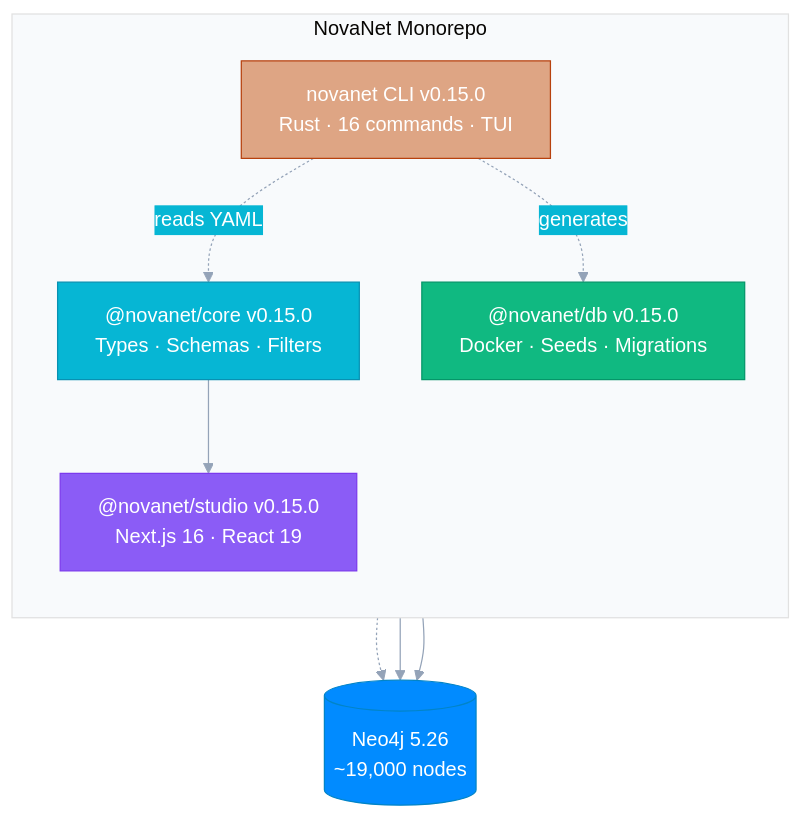
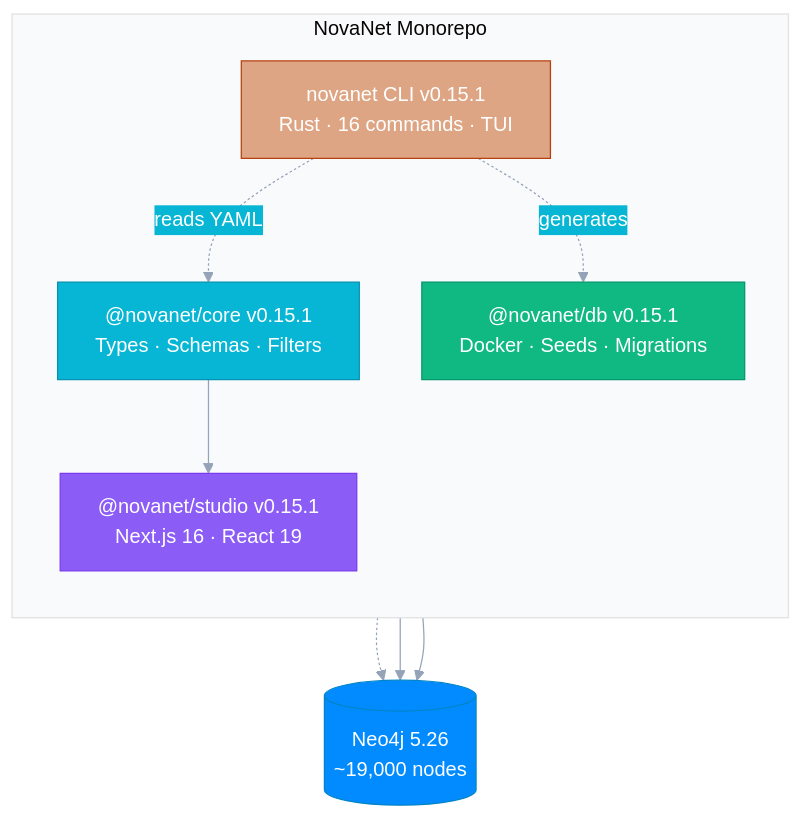
The diagram in README.md (supernovae-st/novanet), drawn with Mermaid before and after one commit. The commit also changed other lines of this file and 17 other files, not shown here.

````diff
--- a/README.md
+++ b/README.md
@@ -46,33 +46,33 @@
 ```mermaid
 %%{init: {'theme': 'base', 'themeVariables': {
   'primaryColor': '#6366f1',
   'primaryTextColor': '#fff',
   'primaryBorderColor': '#4f46e5',
   'lineColor': '#94a3b8',
   'secondaryColor': '#06b6d4',
   'tertiaryColor': '#f8fafc'
 }}}%%
 flowchart TB
     subgraph MONO["NovaNet Monorepo"]
         direction TB
-        CORE["@novanet/core v0.15.0\nTypes · Schemas · Filters"]
-        DB["@novanet/db v0.15.0\nDocker · Seeds · Migrations"]
-        STUDIO["@novanet/studio v0.15.0\nNext.js 16 · React 19"]
-        RUST["novanet CLI v0.15.0\nRust · 16 commands · TUI"]
+        CORE["@novanet/core v0.15.1\nTypes · Schemas · Filters"]
+        DB["@novanet/db v0.15.1\nDocker · Seeds · Migrations"]
+        STUDIO["@novanet/studio v0.15.1\nNext.js 16 · React 19"]
+        RUST["novanet CLI v0.15.1\nRust · 16 commands · TUI"]
     end
 
     CORE --> STUDIO
     RUST -.->|reads YAML| CORE
     RUST -.->|generates| DB
 
     NEO4J[("Neo4j 5.26\n~19,000 nodes")]
     DB -.-> NEO4J
     STUDIO --> NEO4J
     RUST --> NEO4J
 
     style CORE fill:#06b6d4,stroke:#0891b2,color:#fff
     style DB fill:#10b981,stroke:#059669,color:#fff
     style STUDIO fill:#8b5cf6,stroke:#7c3aed,color:#fff
     style RUST fill:#DEA584,stroke:#B7410E,color:#fff
     style NEO4J fill:#018bff,stroke:#0284c7,color:#fff
 ```
````
